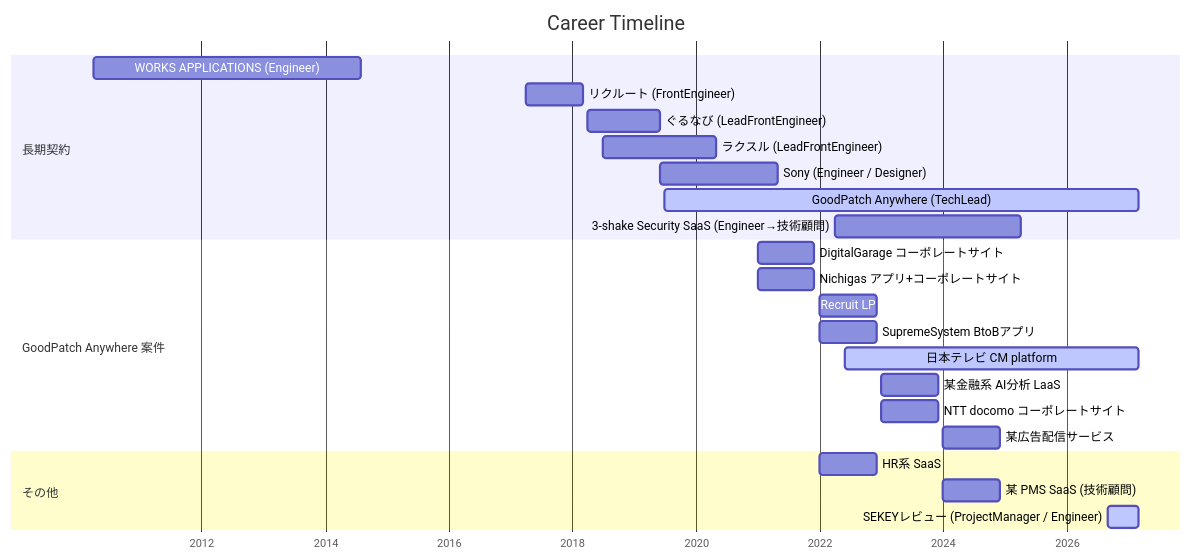
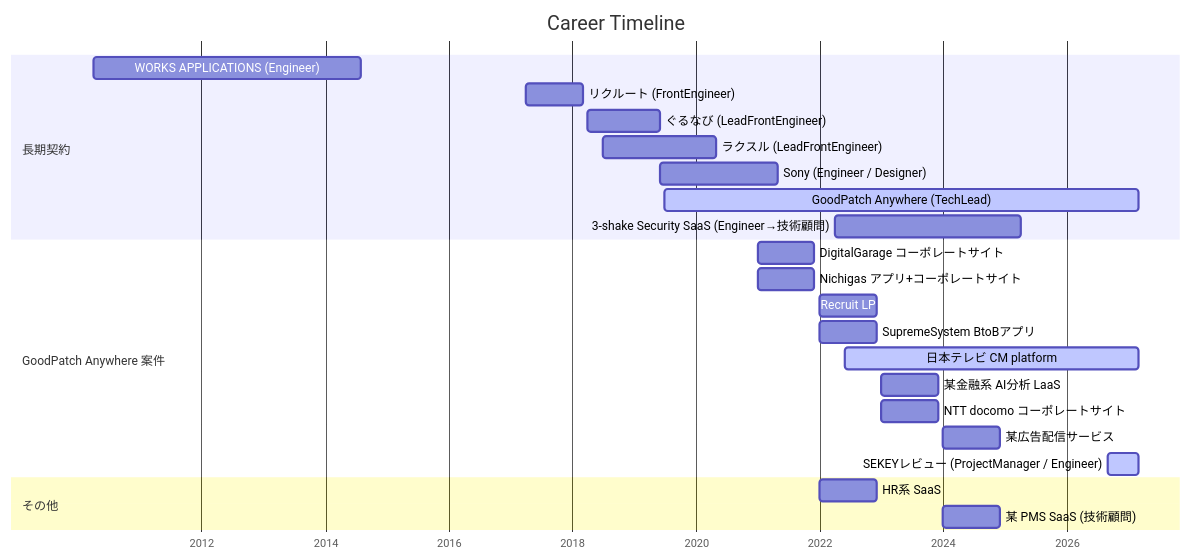
One commit to KdavisO/KdavisO changed the diagram in README.md. Above: the diagram before and after it, drawn with Mermaid. The commit also changed other lines of this file, not shown here.

First line of the commit message:
Modify SEKEYレビュー details in README

````diff
--- a/README.md
+++ b/README.md
@@ -52,30 +52,30 @@
 ```mermaid
 gantt
     title Career Timeline
     dateFormat  YYYY-MM
     axisFormat  %Y
 
     section 長期契約
     WORKS APPLICATIONS (Engineer)             :2010-04, 2014-08
     リクルート (FrontEngineer)                  :2017-04, 2018-03
     ぐるなび (LeadFrontEngineer)               :2018-04, 2019-06
     ラクスル (LeadFrontEngineer)               :2018-07, 2020-05
     Sony (Engineer / Designer)                :2019-06, 2021-05
     GoodPatch Anywhere (TechLead)             :active, 2019-07, 2027-03
     3-shake Security SaaS (Engineer→技術顧問)  :2022-04, 2025-04
 
     section GoodPatch Anywhere 案件
     DigitalGarage コーポレートサイト             :2021-01, 2021-12
     Nichigas アプリ+コーポレートサイト            :2021-01, 2021-12
     Recruit LP                                :2022-01, 2022-12
     SupremeSystem BtoBアプリ                   :2022-01, 2022-12
     日本テレビ CM platform                     :active, 2022-06, 2027-03
     某金融系 AI分析 LaaS                       :2023-01, 2023-12
     NTT docomo コーポレートサイト               :2023-01, 2023-12
     某広告配信サービス                          :2024-01, 2024-12
+    SEKEYレビュー (ProjectManager / Engineer)  :active, 2026-09, 2027-03
 
     section その他
     HR系 SaaS                                 :2022-01, 2022-12
     某 PMS SaaS (技術顧問)                     :2024-01, 2024-12
-    SEKEYレビュー (ProjectManager / Engineer)  :active, 2026-09, 2027-03
 ```
````
